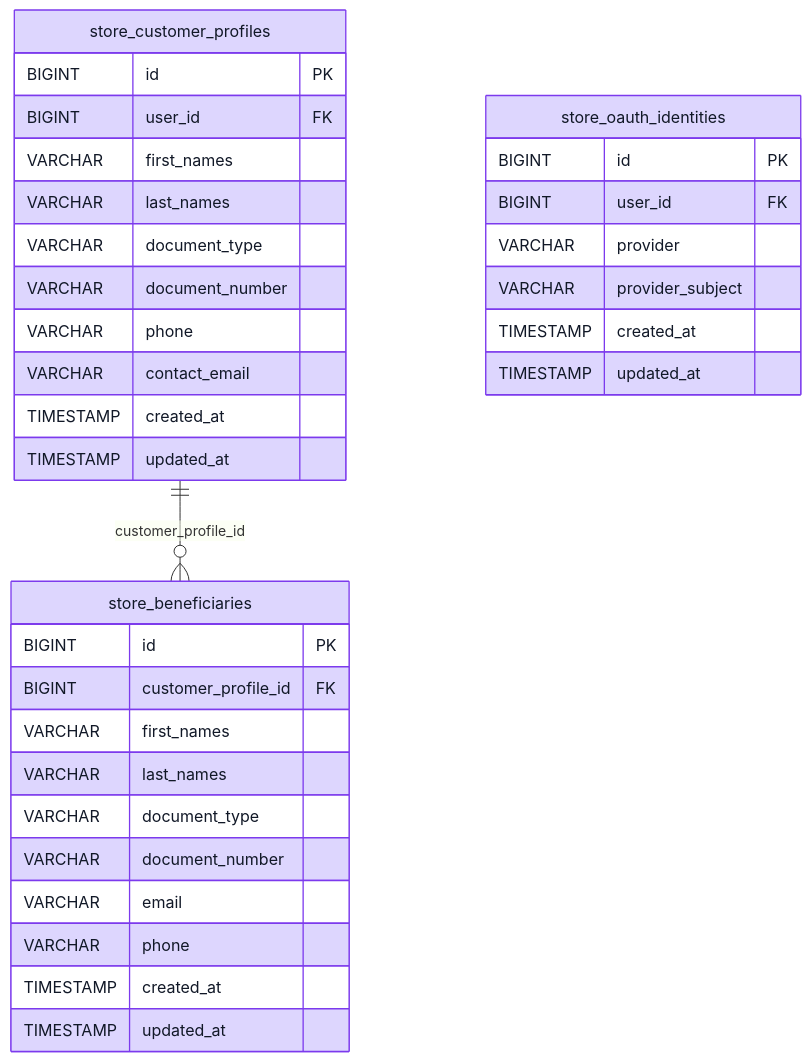
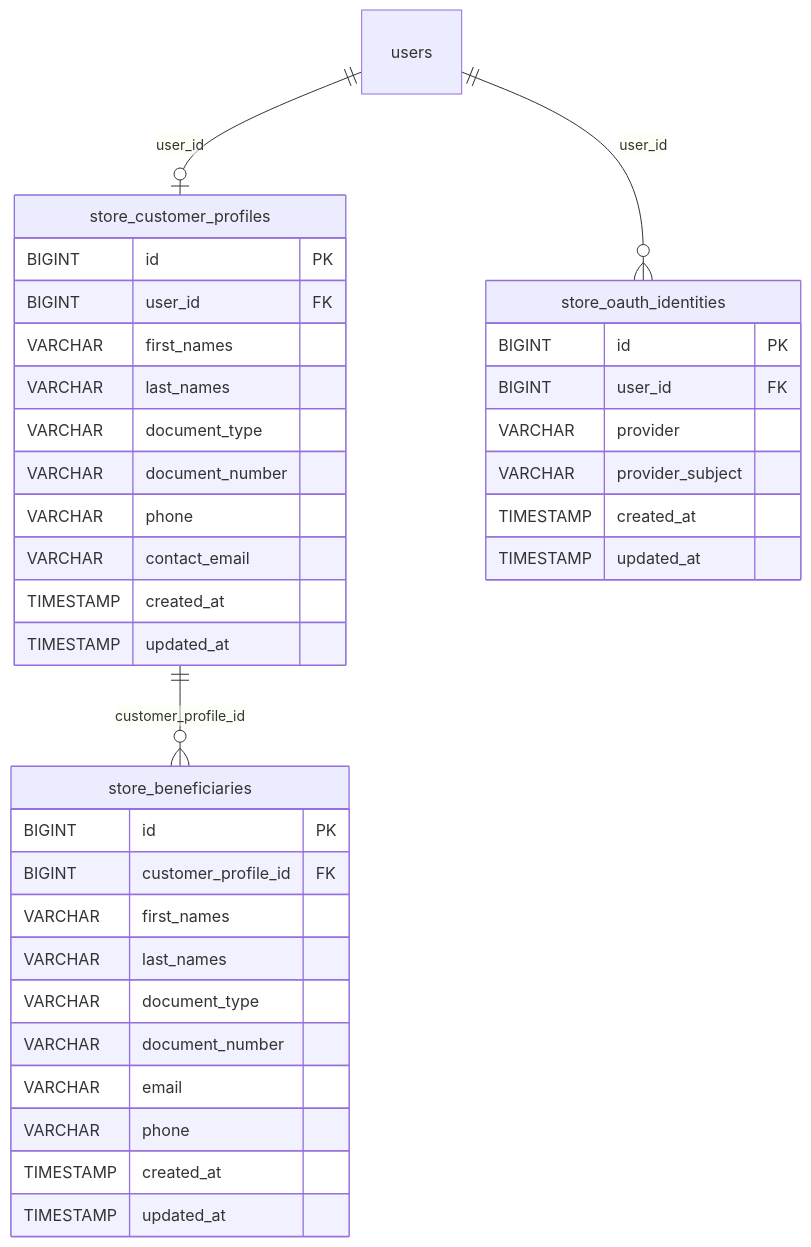
One commit to JIMMY1012102/UNDC-Pagos-Posgrado changed the diagram in docs/modelo-datos/identidad.md. Above: the diagram before and after it, drawn with Mermaid. The commit also changed other lines of this file, not shown here.

Commit message:
docs(db): completar FK externas y cardinalidades de identidad

````diff
--- a/docs/modelo-datos/identidad.md
+++ b/docs/modelo-datos/identidad.md
@@ -3,39 +3,38 @@
 ```mermaid
 erDiagram
   store_customer_profiles {
 BIGINT id PK
 BIGINT user_id FK
 VARCHAR first_names
 VARCHAR last_names
 VARCHAR document_type
 VARCHAR document_number
 VARCHAR phone
 VARCHAR contact_email
 TIMESTAMP created_at
 TIMESTAMP updated_at
   }
   store_oauth_identities {
 BIGINT id PK
 BIGINT user_id FK
 VARCHAR provider
 VARCHAR provider_subject
 TIMESTAMP created_at
 TIMESTAMP updated_at
   }
   store_beneficiaries {
 BIGINT id PK
 BIGINT customer_profile_id FK
 VARCHAR first_names
 VARCHAR last_names
 VARCHAR document_type
 VARCHAR document_number
 VARCHAR email
 VARCHAR phone
 TIMESTAMP created_at
 TIMESTAMP updated_at
   }
+  users ||--o| store_customer_profiles : "user_id"
+  users ||--o{ store_oauth_identities : "user_id"
   store_customer_profiles ||--o{ store_beneficiaries : "customer_profile_id"
-  style store_customer_profiles fill:#DDD6FE,stroke:#7C3AED,color:#111827
-  style store_oauth_identities fill:#DDD6FE,stroke:#7C3AED,color:#111827
-  style store_beneficiaries fill:#DDD6FE,stroke:#7C3AED,color:#111827
 ```
````
